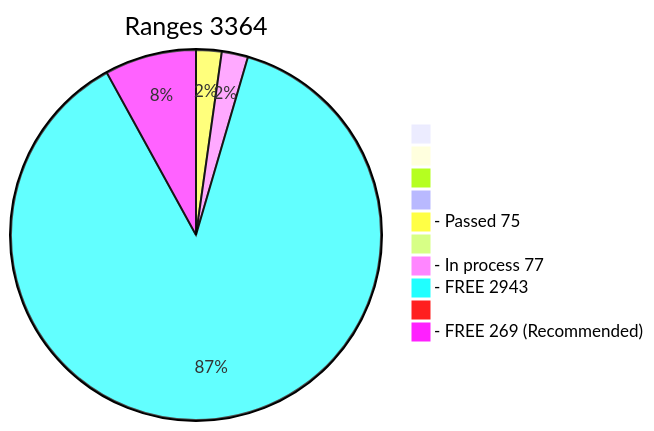
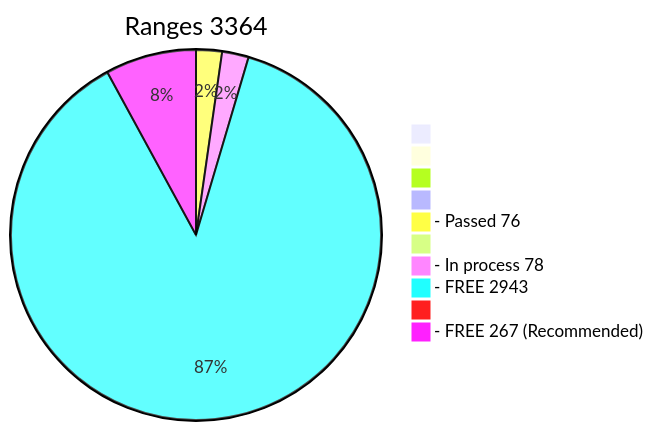
One commit to phrutis/wif500 changed the diagram in x64/Release/table.md. Above: the diagram before and after it, drawn with Mermaid. The commit also changed other lines of this file, not shown here.

````diff
--- a/x64/Release/table.md
+++ b/x64/Release/table.md
@@ -3,13 +3,13 @@
 ```mermaid
 pie title Ranges 3364
   " " : 0
   "  " : 0
   "   " : 0
   "    " : 0
-  "- Passed 75" : 75
+  "- Passed 76" : 76
   "     " : 0
-  "- In process 77" : 77
+  "- In process 78" : 78
   "- FREE 2943" : 2943
   "      " : 1
-  "- FREE 269 (Recommended)" : 269
+  "- FREE 267 (Recommended)" : 267
 ```
````
